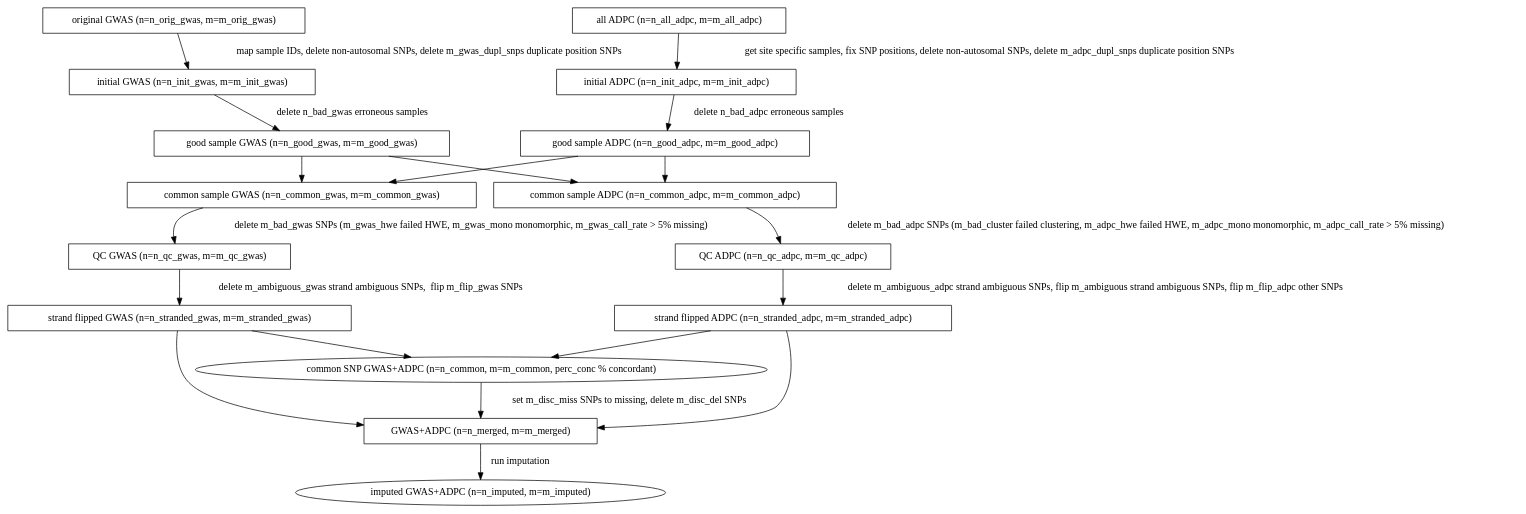
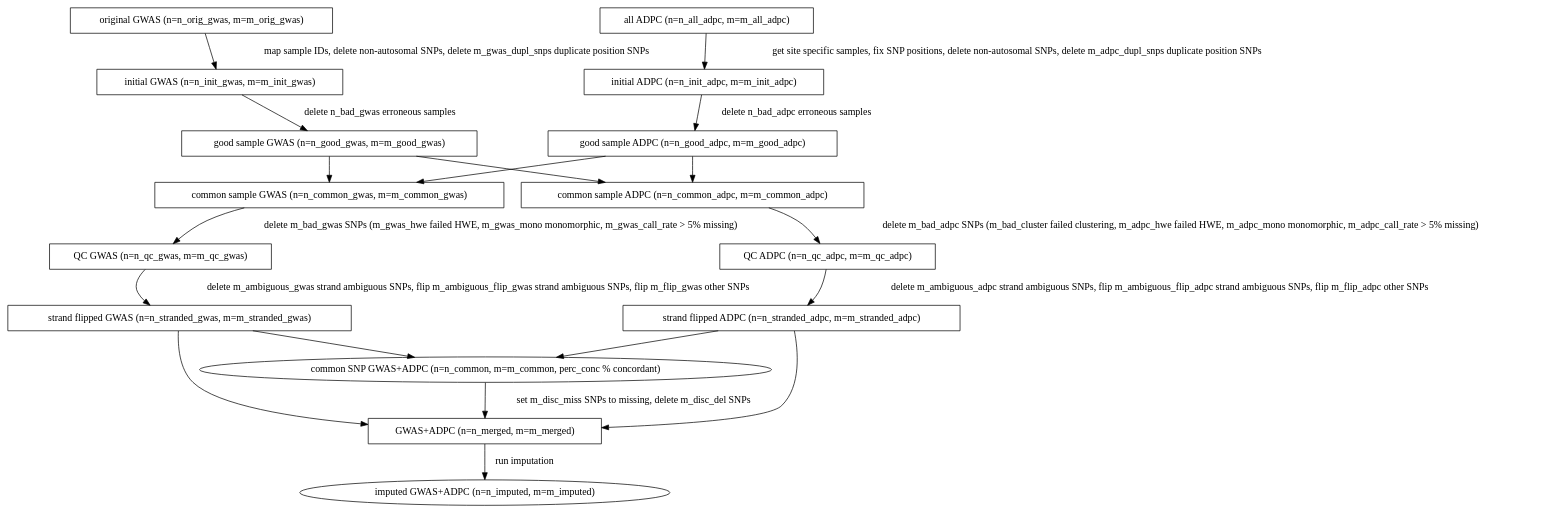
The diagram in doc/flow.dot (CAAPA/gwas_adpc_imputation_pipeline), drawn with Graphviz before and after one commit. The commit also changed 6 other files, not shown here.

Commit message:
Changing pipeline to use same AT/GC SNP process for both GWAS and ADPC

```diff
--- a/doc/flow.dot
+++ b/doc/flow.dot
@@ -1,91 +1,91 @@
 #!dot
 digraph {
 
     //Initial GWAS flow
 
     ORIG_GWAS [label="original GWAS (n=n_orig_gwas, m=m_orig_gwas)",
                shape=box] //params: n_orig_gwas, m_orig_gwas
     INIT_GWAS [label="initial GWAS (n=n_init_gwas, m=m_init_gwas)",
                shape=box] //params: n_init_gwas, m_init_gwas
     ORIG_GWAS -> INIT_GWAS [label= " map sample IDs, delete non-autosomal SNPs, delete m_gwas_dupl_snps duplicate position SNPs"];
                  //script: get_gwas_samples
 
 
     GOOD_GWAS [label="good sample GWAS (n=n_good_gwas, m=m_good_gwas)",
                shape=box] //params: n_good_gwas, m_good_gwas
     INIT_GWAS -> GOOD_GWAS [label=" delete n_bad_gwas erroneous samples"];
                 //script: get_good_samples; params: n_bad_gwas
 
     COMMON_GWAS [label="common sample GWAS (n=n_common_gwas, m=m_common_gwas)",
                  shape=box] //params: n_common_gwas, m=m_common_gwas
     GOOD_GWAS -> COMMON_GWAS;
                  //script: get_common_samples
 
     QC_GWAS [label="QC GWAS (n=n_qc_gwas, m=m_qc_gwas)",
              shape=box] //params: n_qc_gwas, m=m_qc_gwas
     COMMON_GWAS -> QC_GWAS [label=" delete m_bad_gwas SNPs (m_gwas_hwe failed HWE, m_gwas_mono monomorphic, m_gwas_call_rate > 5% missing)"];
                 //script: do_gwas_qc; params: m_bad_gwas
                 //m (whatever subcategories removed)
 
 
     FLIPPED_GWAS [label="strand flipped GWAS (n=n_stranded_gwas, m=m_stranded_gwas)",
                   shape=box] //params: n_stranded_gwas, m_stranded_gwas
-    QC_GWAS -> FLIPPED_GWAS [label=" delete m_ambiguous_gwas strand ambiguous SNPs,  flip m_flip_gwas SNPs"];
+    QC_GWAS -> FLIPPED_GWAS  [label=" delete m_ambiguous_gwas strand ambiguous SNPs, flip m_ambiguous_flip_gwas strand ambiguous SNPs, flip m_flip_gwas other SNPs"];
                  //script: flip_strands; params: m_flip_gwas, m_ambiguous_gwas
 
 
     //Initial ADPC flow
 
     ALL_ADPC [label="all ADPC (n=n_all_adpc, m=m_all_adpc)",
               shape=box] //params:n_all_adpc, m_all_adpc
     INIT_ADPC [label="initial ADPC (n=n_init_adpc, m=m_init_adpc)",
                shape=box] //params: n_init_adpc, m_init_adpc
     ALL_ADPC -> INIT_ADPC [label=" get site specific samples, fix SNP positions, delete non-autosomal SNPs, delete m_adpc_dupl_snps duplicate position SNPs"]
                 //script: get_adpc_samples (site)
 
 
     GOOD_ADPC [label="good sample ADPC (n=n_good_adpc, m=m_good_adpc)",
                shape=box] //params: n_good_adpc, m_good_adpc
     INIT_ADPC -> GOOD_ADPC [label=" delete n_bad_adpc erroneous samples"];
                 //script: get_good_samples; params: n_bad_adpc
 
     COMMON_ADPC [label="common sample ADPC (n=n_common_adpc, m=m_common_adpc)",
                  shape=box] //params: n_common_adpc, m=m_common_adpc
     GOOD_ADPC -> COMMON_ADPC;
                  //script: get_common_samples
 
     QC_ADPC [label="QC ADPC (n=n_qc_adpc, m=m_qc_adpc)",
              shape=box] //params: n_qc_adpc, m=m_qc_adpc
     COMMON_ADPC -> QC_ADPC [label=" delete m_bad_adpc SNPs (m_bad_cluster failed clustering, m_adpc_hwe failed HWE, m_adpc_mono monomorphic, m_adpc_call_rate > 5% missing)"];
                 //script: do_adpc_qc; params: m_bad_adpc
                 //m (whatever subcategories removed)
                 //remember to also remove ACGT
 
     FLIPPED_ADPC [label="strand flipped ADPC (n=n_stranded_adpc, m=m_stranded_adpc)",
                   shape=box] //params: n_stranded_adpc, m_stranded_adpc
-    QC_ADPC -> FLIPPED_ADPC [label=" delete m_ambiguous_adpc strand ambiguous SNPs, flip m_ambiguous strand ambiguous SNPs, flip m_flip_adpc other SNPs"];
+    QC_ADPC -> FLIPPED_ADPC [label=" delete m_ambiguous_adpc strand ambiguous SNPs, flip m_ambiguous_flip_adpc strand ambiguous SNPs, flip m_flip_adpc other SNPs"];
                  //script: flip_strands; params: m_flip_adpc, m_ambiguous_adpc
 
 
 
     //GWAS + ADPC flows
 
     GOOD_ADPC -> COMMON_GWAS;
     GOOD_GWAS -> COMMON_ADPC;
 
     COMMON_SNP [label="common SNP GWAS+ADPC (n=n_common, m=m_common, perc_conc % concordant)",
                 shape=ellipse] //params: n_common, m_common
     FLIPPED_GWAS -> COMMON_SNP; //script: get_common_snp_files
     FLIPPED_ADPC -> COMMON_SNP; //script: get_common_snp_files
 
     MERGED [label="GWAS+ADPC (n=n_merged, m=m_merged)",
             shape=box] //params: n_merged, m_merged
     COMMON_SNP -> MERGED [label= " set m_disc_miss SNPs to missing, delete m_disc_del SNPs"];
             //script: merge_adpc_gwas; params: m_disc_miss, m_disc_del
     FLIPPED_GWAS -> MERGED;
     FLIPPED_ADPC -> MERGED;
 
     IMPUTED [label="imputed GWAS+ADPC (n=n_imputed, m=m_imputed)"]
     MERGED -> IMPUTED [label=" run imputation"];
                 //script:
 }
```
